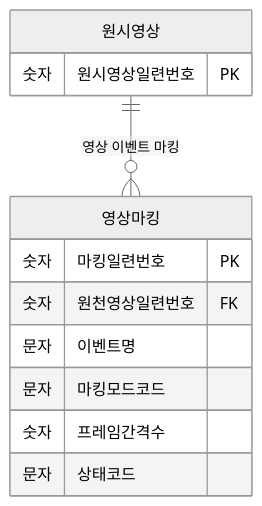
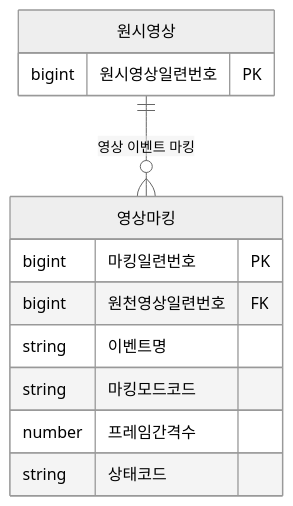
Before and after one commit to New-stella/klid-label: the fourth of 14 diagrams in docs/0705/D8-엔티티관계모형설계서.md, drawn with Mermaid (neutral theme). The commit also changed other lines of this file and 1 other file, not shown here.

First line of the commit message:
docs(D8): §2 속성명 한글화 + §1 ERD 타입 물리 원형 복원

````diff
--- a/docs/0705/D8-엔티티관계모형설계서.md
+++ b/docs/0705/D8-엔티티관계모형설계서.md
@@ -199,17 +199,17 @@
 ```mermaid
 erDiagram
     원시영상 ||--o{ 영상마킹 : "영상 이벤트 마킹"
     원시영상 {
         %% class: LsDataRaw (KLID-AT-DC-012)
-        숫자 원시영상일련번호 PK
+        bigint 원시영상일련번호 PK
     }
     영상마킹 {
         %% class: LsMarking (KLID-AT-DC-062)
-        숫자 마킹일련번호 PK
-        숫자 원천영상일련번호 FK
-        문자 이벤트명
-        문자 마킹모드코드
-        숫자 프레임간격수
-        문자 상태코드
+        bigint 마킹일련번호 PK
+        bigint 원천영상일련번호 FK
+        string 이벤트명
+        string 마킹모드코드
+        number 프레임간격수
+        string 상태코드
     }
 ```
````
